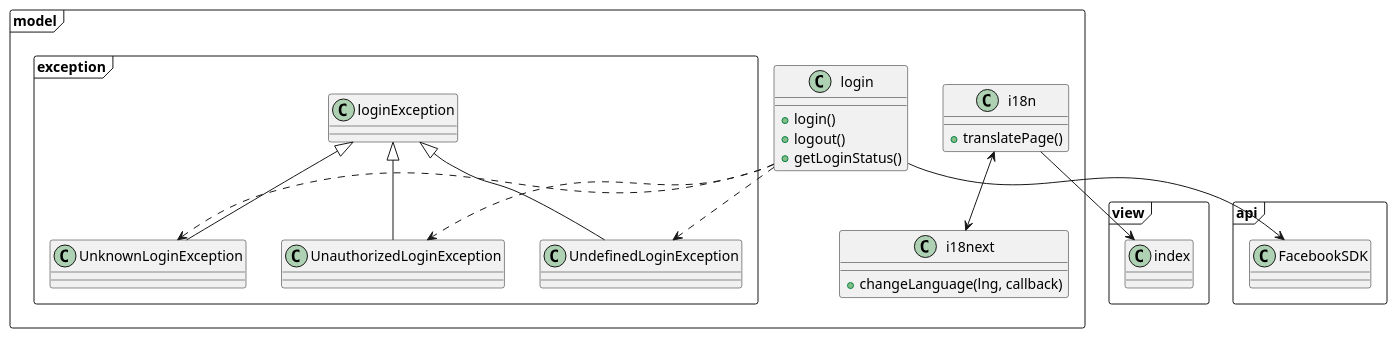
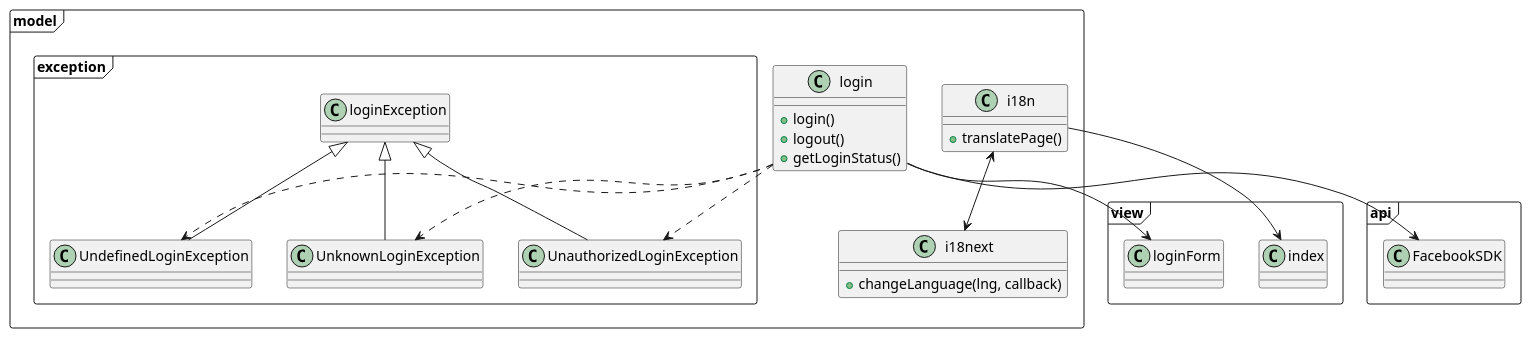
Before and after one commit to CPNV-RIA1/RentABike: the diagram in src/diagrams/classDiagram.puml, drawn with PlantUML. The commit also changed 1 other file, not shown here.

Commit message:
feat: add loginForm class to view package

```diff
--- a/src/diagrams/classDiagram.puml
+++ b/src/diagrams/classDiagram.puml
@@ -1,46 +1,49 @@
 @startuml
 'https://plantuml.com/class-diagram
 
 
 package model <<Frame>> {
   class i18n {
     + translatePage()
   }
   class i18next {
     + changeLanguage(lng, callback)
   }
   class login {
     + login()
     + logout()
     + getLoginStatus()
   }
   package exception <<Frame>> {
     class loginException {
     }
     class UnauthorizedLoginException {
     }
     class UndefinedLoginException {
     }
     class UnknownLoginException {
     }
   }
 }
 
 i18n <--> i18next
 package view <<Frame>> {
     class index {
     }
+    class loginForm {
+    }
 }
 i18n --> index
 
 package api <<Frame>> {
   class FacebookSDK{}
 }
 loginException <|-- UnauthorizedLoginException 
 loginException <|-- UndefinedLoginException
 loginException <|-- UnknownLoginException
 login ..> UnauthorizedLoginException
 login ..> UndefinedLoginException
 login ..> UnknownLoginException
 login --> FacebookSDK
+loginForm <-- login
 @enduml
```
